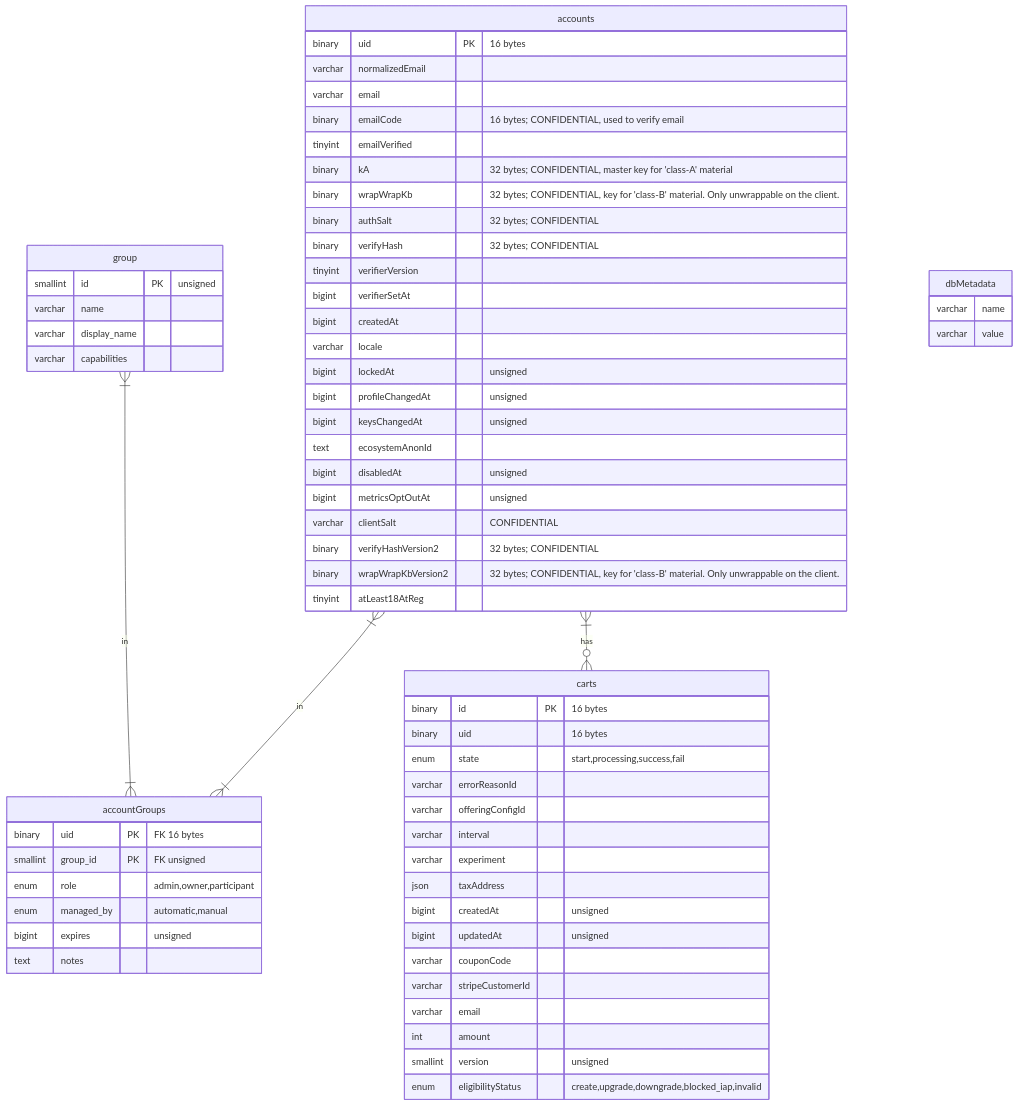
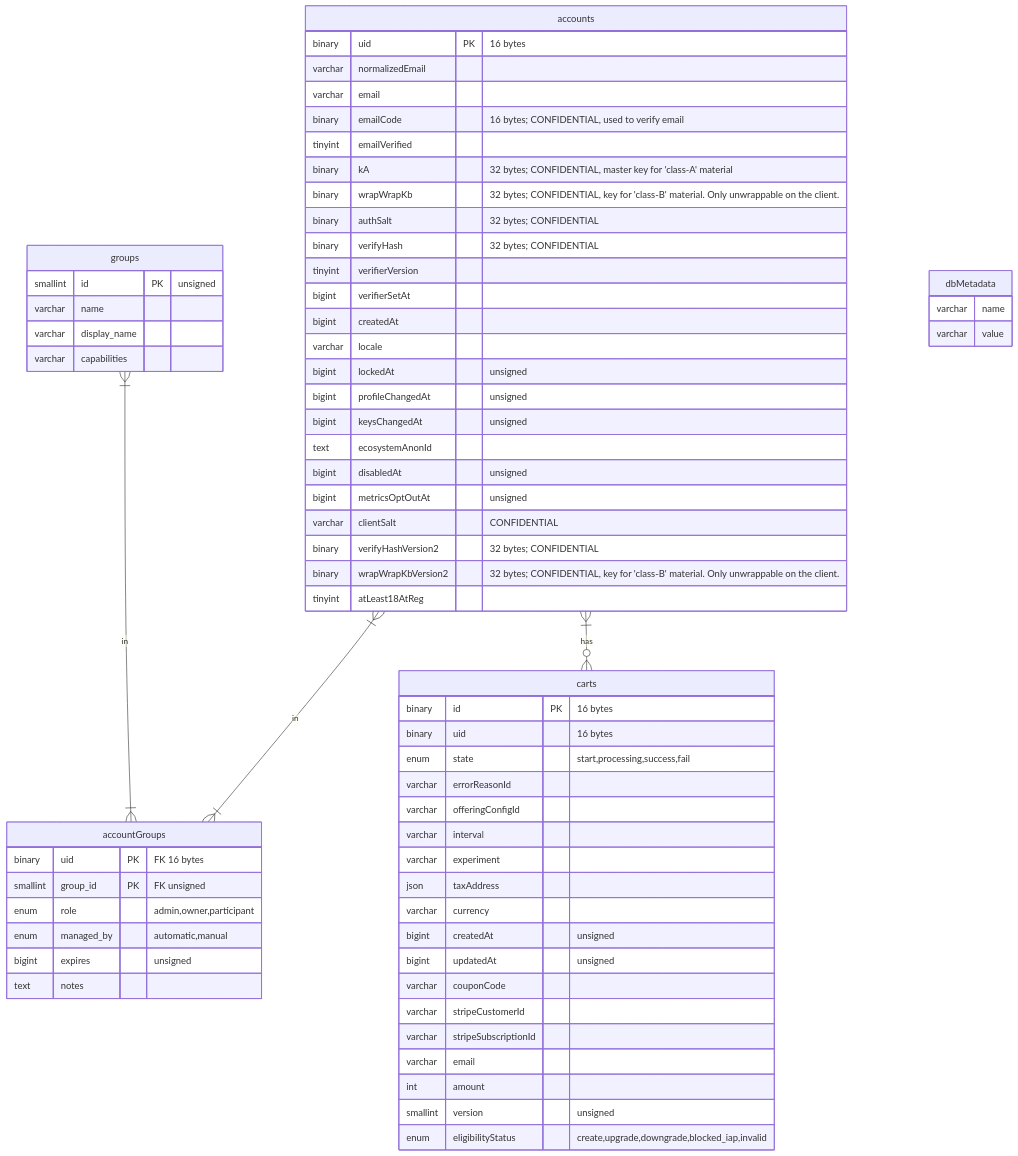
One commit to mozilla/ecosystem-platform changed the second of 18 diagrams in docs/reference/database-structure.md. Above: the diagram before and after it, drawn with Mermaid. The commit also changed other lines of this file, not shown here.

Commit message:
update db diagram to patch 157

````diff
--- a/docs/reference/database-structure.md
+++ b/docs/reference/database-structure.md
@@ -41,67 +41,69 @@
 ```mermaid
 erDiagram
     accounts {
         binary uid PK "16 bytes"
         varchar normalizedEmail
         varchar email
         binary emailCode "16 bytes; CONFIDENTIAL, used to verify email"
         tinyint emailVerified
         binary kA "32 bytes; CONFIDENTIAL, master key for 'class-A' material"
         binary wrapWrapKb "32 bytes; CONFIDENTIAL, key for 'class-B' material. Only unwrappable on the client."
         binary authSalt "32 bytes; CONFIDENTIAL"
         binary verifyHash "32 bytes; CONFIDENTIAL"
         tinyint verifierVersion
         bigint verifierSetAt
         bigint createdAt
         varchar locale
         bigint lockedAt "unsigned"
         bigint profileChangedAt "unsigned"
         bigint keysChangedAt "unsigned"
         text ecosystemAnonId
         bigint disabledAt "unsigned"
         bigint metricsOptOutAt "unsigned"
         varchar clientSalt "CONFIDENTIAL"
         binary verifyHashVersion2 "32 bytes; CONFIDENTIAL"
         binary wrapWrapKbVersion2 "32 bytes; CONFIDENTIAL, key for 'class-B' material. Only unwrappable on the client."
         tinyint atLeast18AtReg
     }
     accounts }|--|{ accountGroups: in
-    group }|--|{ accountGroups: in
+    groups }|--|{ accountGroups: in
     accountGroups {
         binary uid PK "FK 16 bytes"
         smallint group_id PK "FK unsigned"
         enum role "admin,owner,participant"
         enum managed_by "automatic,manual"
         bigint expires "unsigned"
         text notes
     }
     accounts }|--o{ carts: has
     carts {
         binary id PK "16 bytes"
         binary uid "16 bytes"
         enum state "start,processing,success,fail"
         varchar errorReasonId
         varchar offeringConfigId
         varchar interval
         varchar experiment
         json taxAddress
+        varchar currency
         bigint createdAt "unsigned"
         bigint updatedAt "unsigned"
         varchar couponCode
         varchar stripeCustomerId
+        varchar stripeSubscriptionId
         varchar email
         int amount
         smallint version "unsigned"
         enum eligibilityStatus "create,upgrade,downgrade,blocked_iap,invalid"
     }
     dbMetadata {
         varchar name
         varchar value
     }
-    group {
+    groups {
         smallint id PK "unsigned"
         varchar name
         varchar display_name
         varchar capabilities
     }
 ```
````
